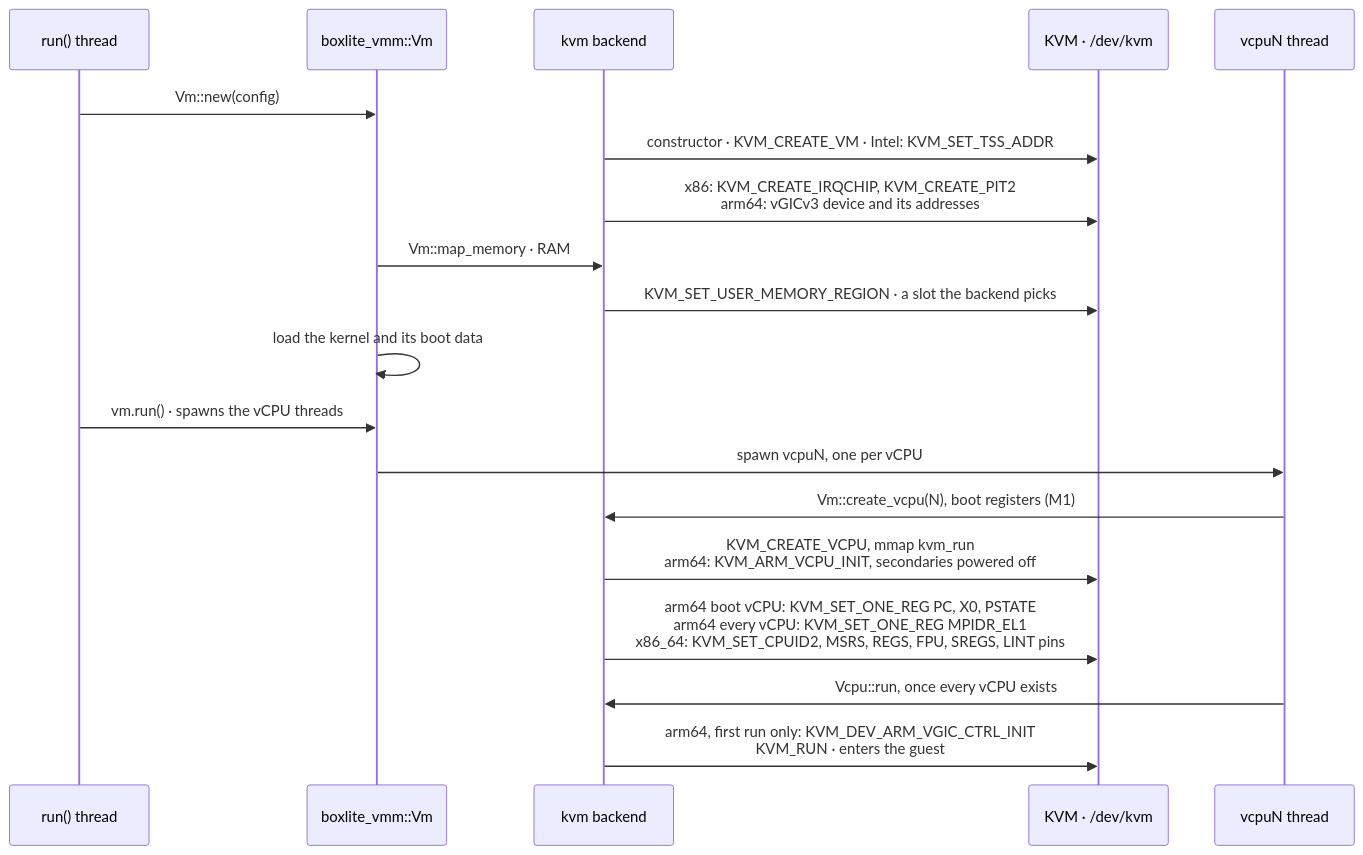
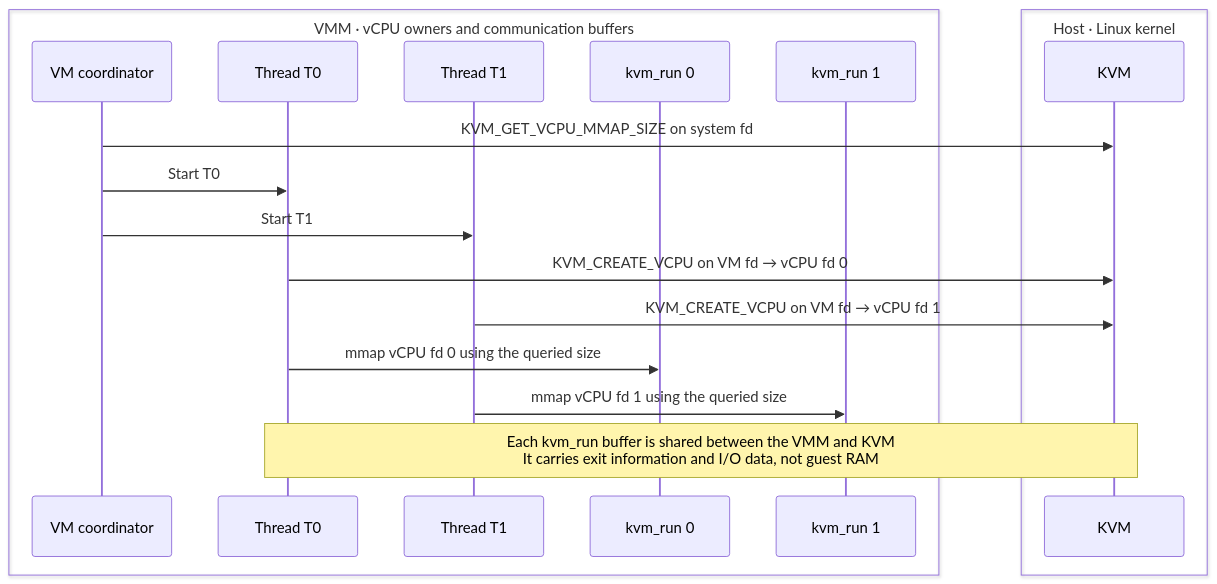
The fifth of 14 diagrams in docs/architecture/vmm/kvm.md (boxlite-ai/boxlite), drawn with Mermaid before and after one commit. The commit also changed other lines of this file and 3 other files, not shown here.

````diff
--- a/docs/architecture/vmm/kvm.md
+++ b/docs/architecture/vmm/kvm.md
@@ -75,34 +143,28 @@
 ```mermaid
 sequenceDiagram
-  participant caller as run() thread
-  participant vm as boxlite_vmm::Vm
-  participant backend as kvm backend
-  participant kvm as KVM · /dev/kvm
-  participant vcpu as vcpuN thread
-  %% edge:s_new
-  caller->>vm: Vm::new(config)
-  %% edge:s_vm_create
-  backend->>kvm: constructor · KVM_CREATE_VM · Intel: KVM_SET_TSS_ADDR
-  %% edge:s_irqchip
-  backend->>kvm: x86: KVM_CREATE_IRQCHIP, KVM_CREATE_PIT2<br/>arm64: vGICv3 device and its addresses
-  %% edge:s_map
-  vm->>backend: Vm::map_memory · RAM
-  %% edge:s_memslot
-  backend->>kvm: KVM_SET_USER_MEMORY_REGION · a slot the backend picks
-  %% edge:s_load
-  vm->>vm: load the kernel and its boot data
-  %% edge:s_run_call
-  caller->>vm: vm.run() · spawns the vCPU threads
-  %% edge:s_spawn
-  vm->>vcpu: spawn vcpuN, one per vCPU
-  %% edge:s_create_vcpu
-  vcpu->>backend: Vm::create_vcpu(N), boot registers (M1)
-  %% edge:s_kvm_vcpu
-  backend->>kvm: KVM_CREATE_VCPU, mmap kvm_run<br/>arm64: KVM_ARM_VCPU_INIT, secondaries powered off
-  %% edge:s_regs
-  backend->>kvm: arm64 boot vCPU: KVM_SET_ONE_REG PC, X0, PSTATE<br/>arm64 every vCPU: KVM_SET_ONE_REG MPIDR_EL1<br/>x86_64: KVM_SET_CPUID2, MSRS, REGS, FPU, SREGS, LINT pins
-  %% edge:s_vcpu_run
-  vcpu->>backend: Vcpu::run, once every vCPU exists
-  %% edge:s_kvm_run
-  backend->>kvm: arm64, first run only: KVM_DEV_ARM_VGIC_CTRL_INIT<br/>KVM_RUN · enters the guest
+  box VMM · vCPU owners and communication buffers
+    participant coordinator as VM coordinator
+    participant thread0 as Thread T0
+    participant thread1 as Thread T1
+    participant run0 as kvm_run 0
+    participant run1 as kvm_run 1
+  end
+  box Host · Linux kernel
+    participant host_api as KVM
+  end
+  %% edge:kvm_6_e1
+  coordinator->>host_api: KVM_GET_VCPU_MMAP_SIZE on system fd
+  %% edge:kvm_6_e2
+  coordinator->>thread0: Start T0
+  %% edge:kvm_6_e3
+  coordinator->>thread1: Start T1
+  %% edge:kvm_6_e4
+  thread0->>host_api: KVM_CREATE_VCPU on VM fd → vCPU fd 0
+  %% edge:kvm_6_e5
+  thread1->>host_api: KVM_CREATE_VCPU on VM fd → vCPU fd 1
+  %% edge:kvm_6_e6
+  thread0->>run0: mmap vCPU fd 0 using the queried size
+  %% edge:kvm_6_e7
+  thread1->>run1: mmap vCPU fd 1 using the queried size
+  Note over thread0,host_api: Each kvm_run buffer is shared between the VMM and KVM<br/>It carries exit information and I/O data, not guest RAM
 ```
````
